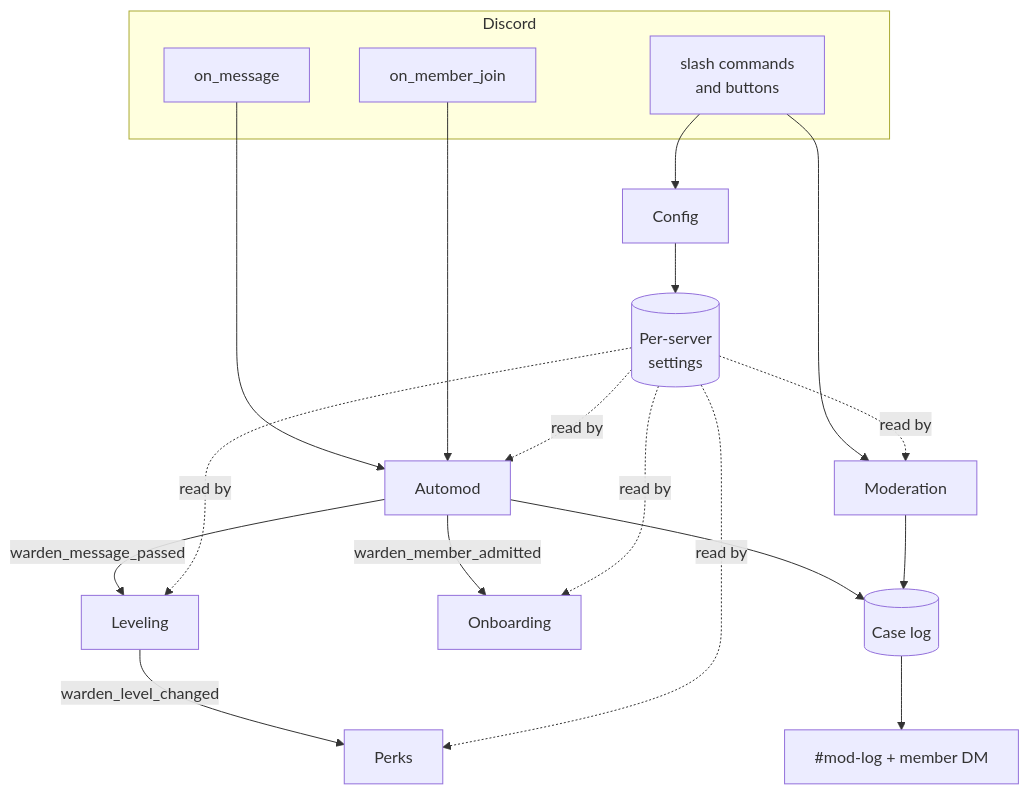
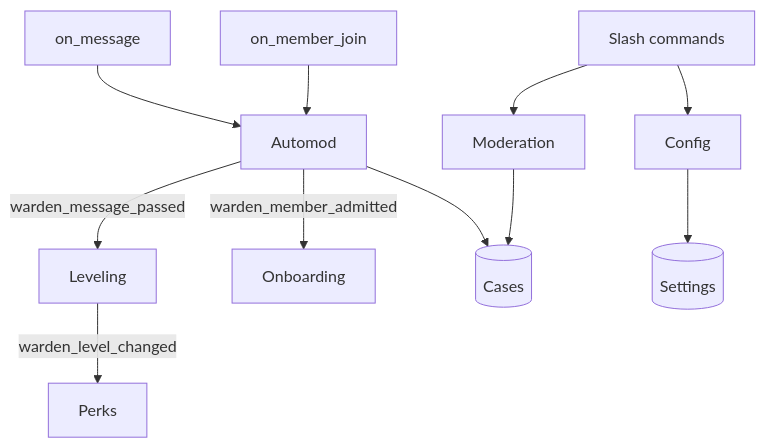
One commit to AzeemChaudhry/Warden_Discord changed the second of 2 diagrams in README.md. Above: the diagram before and after it, drawn with Mermaid. The commit also changed other lines of this file and 13 other files, not shown here.

````diff
--- a/README.md
+++ b/README.md
@@ -257,23 +239,13 @@
 ```mermaid
 flowchart TB
-    subgraph Discord
-        MSG[on_message]
-        JOIN[on_member_join]
-        CMD[slash commands<br>and buttons]
-    end
-
-    MSG --> AM[Automod]
-    JOIN --> AM
+    MSG[on_message] --> AM[Automod]
+    JOIN[on_member_join] --> AM
     AM -- warden_message_passed --> LV[Leveling]
     AM -- warden_member_admitted --> OB[Onboarding]
     LV -- warden_level_changed --> PK[Perks]
-    CMD --> MOD[Moderation]
+    CMD[Slash commands] --> MOD[Moderation]
     CMD --> CFG[Config]
-
-    AM --> CASES[(Case log)]
+    AM --> CASES[(Cases)]
     MOD --> CASES
-    CASES --> LOG["#mod-log + member DM"]
-
-    SET[(Per-server<br>settings)] -. read by .-> AM & LV & OB & PK & MOD
-    CFG --> SET
+    CFG --> SET[(Settings)]
 ```
````
